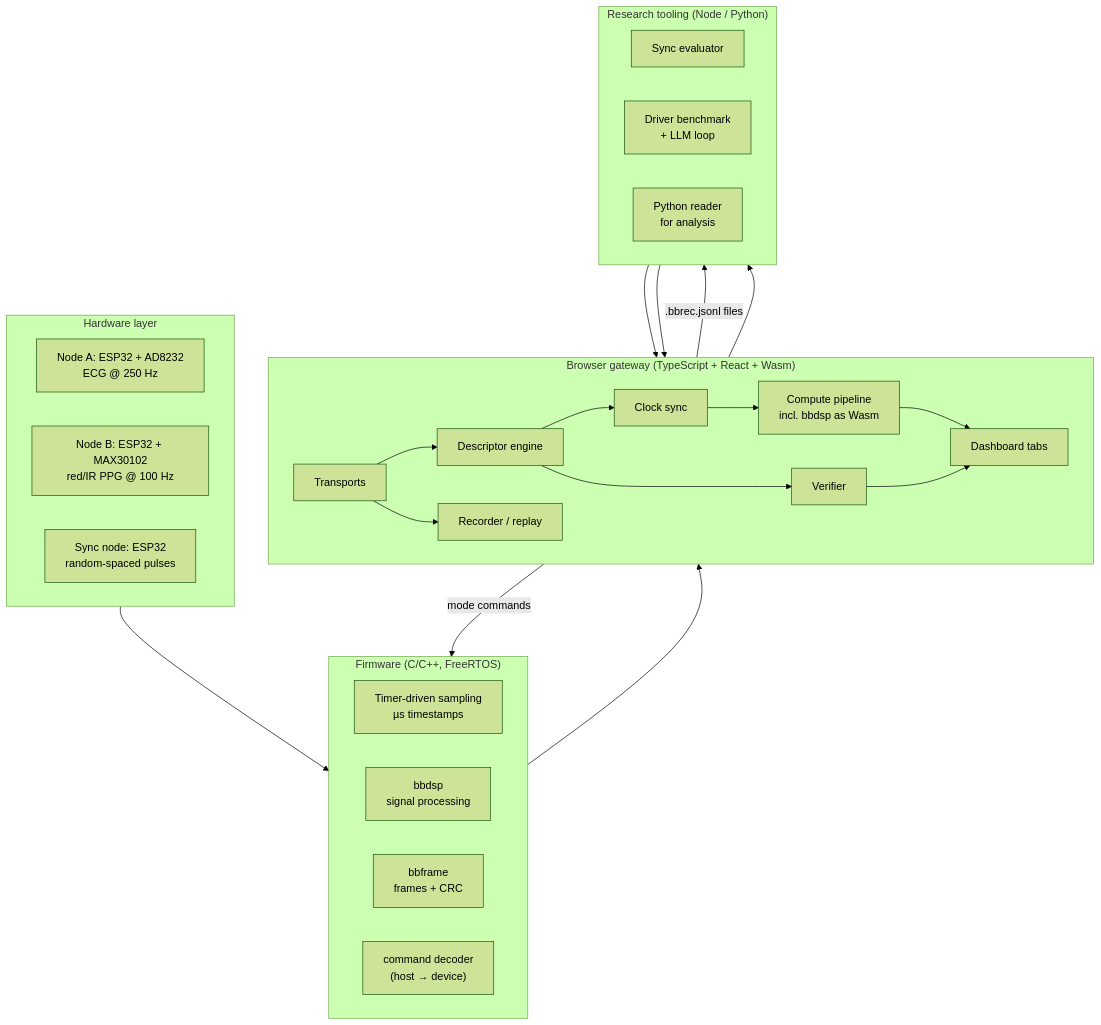
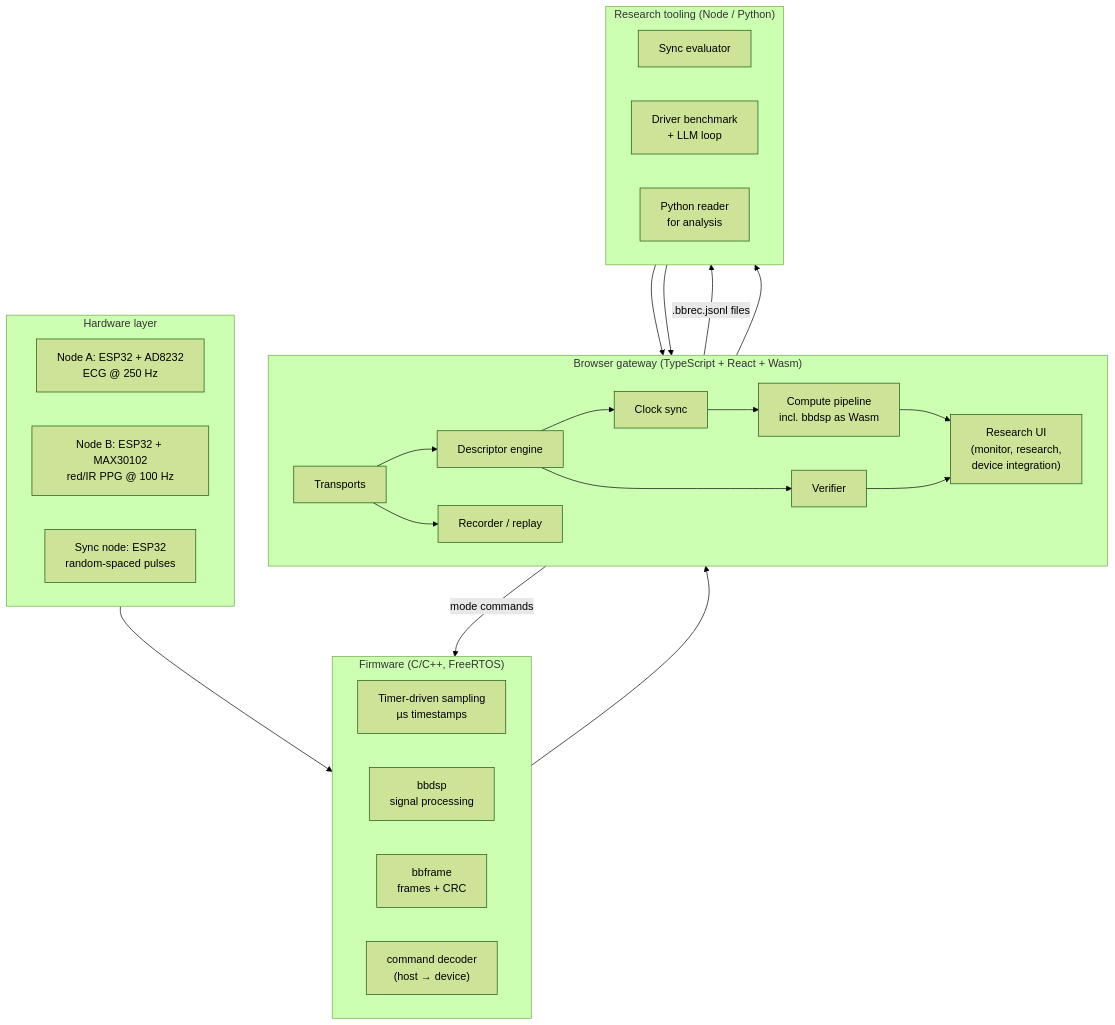
One commit to bibek198/biobridge-gateway changed the third of 9 diagrams in README.md. Above: the diagram before and after it, drawn with Mermaid (forest theme). The commit also changed other lines of this file and 59 other files, not shown here.

````diff
--- a/README.md
+++ b/README.md
@@ -141,41 +141,41 @@
 ```mermaid
 flowchart TB
     subgraph HW["Hardware layer"]
         direction LR
         NA["Node A: ESP32 + AD8232<br/>ECG @ 250 Hz"]
         NB["Node B: ESP32 + MAX30102<br/>red/IR PPG @ 100 Hz"]
         NS["Sync node: ESP32<br/>random-spaced pulses"]
     end
     subgraph FW["Firmware (C/C++, FreeRTOS)"]
         direction LR
         SMP["Timer-driven sampling<br/>µs timestamps"]
         DSP1["bbdsp<br/>signal processing"]
         FR["bbframe<br/>frames + CRC"]
         CMD["command decoder<br/>(host → device)"]
     end
     subgraph GW["Browser gateway (TypeScript + React + Wasm)"]
         direction LR
         TR["Transports"]
         DESC["Descriptor engine"]
         CLK["Clock sync"]
         PIPE["Compute pipeline<br/>incl. bbdsp as Wasm"]
         VER["Verifier"]
         REC["Recorder / replay"]
-        DASH["Dashboard tabs"]
+        DASH["Research UI<br/>(monitor, research,<br/>device integration)"]
     end
     subgraph RES["Research tooling (Node / Python)"]
         direction LR
         EVS["Sync evaluator"]
         BEN["Driver benchmark<br/>+ LLM loop"]
         PY["Python reader<br/>for analysis"]
     end
     HW --> FW --> TR
     TR --> DESC --> CLK --> PIPE --> DASH
     DESC --> VER --> DASH
     TR --> REC
     REC -->|.bbrec.jsonl files| EVS
     REC --> PY
     BEN --> DESC
     BEN --> VER
     DASH -->|mode commands| CMD
 ```
````
